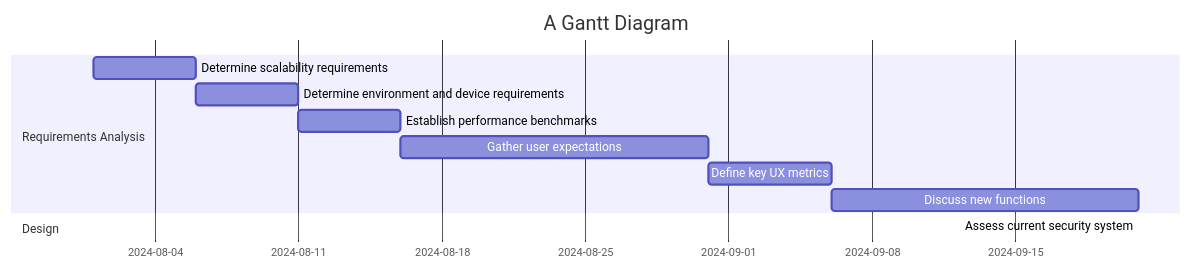
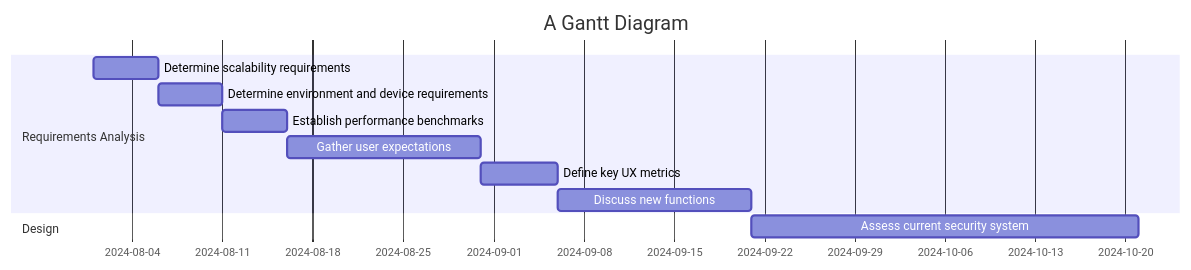
The diagram in all/Untitled.md (sayshelley/iodraw-files), drawn with Mermaid before and after one commit.

Commit message:
2024-10-04 22:39:04 update

````diff
--- a/all/Untitled.md
+++ b/all/Untitled.md
@@ -1,18 +1,18 @@
 ```mermaid
 gantt
     title A Gantt Diagram
     dateFormat  YYYY-MM-DD
     section Requirements Analysis
     Determine scalability requirements :a1, 2024-08-01, 5d
     Determine environment and device requirements :a2, after a1, 5d
     Establish performance benchmarks: a3, after a2, 5d
     Gather user expectations: a4, after a3, 15d
     Define key UX metrics : a5, after a4, 6d
     Discuss new functions: a6, after a5, 15d
     section Design
-    Assess current security system:b1, after a6,
+    Assess current security system:b1, after a6, 30d
     
 
 
    
 ```
````
